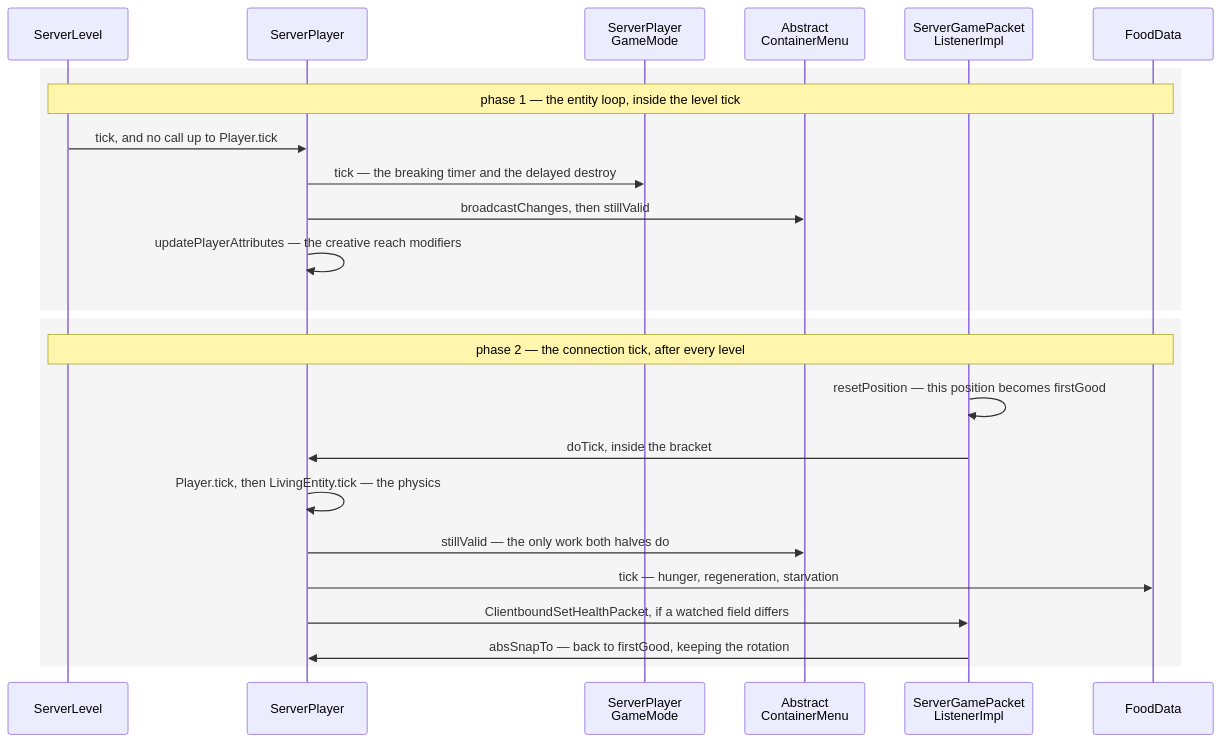
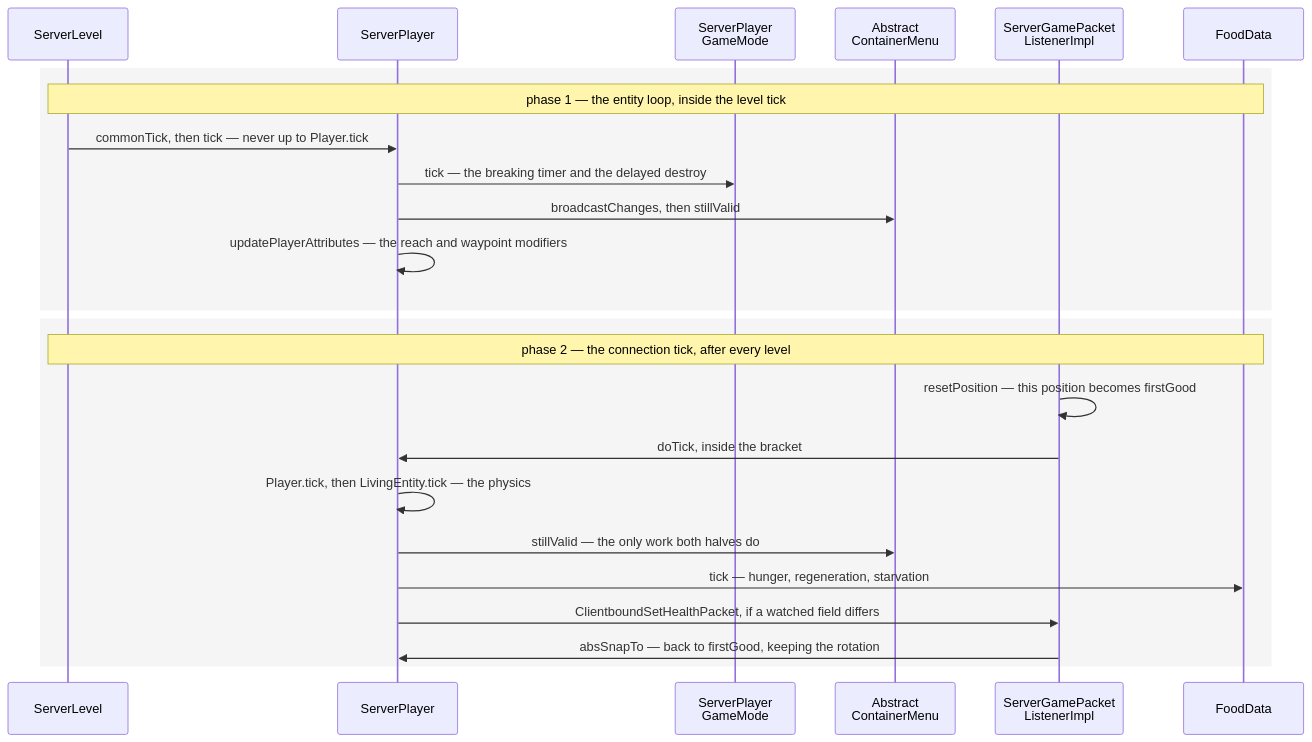
One commit to AlexanderjFraser/MinecraftDocs changed the diagram in src/systems/player/the-two-phase-tick.md. Above: the diagram before and after it, drawn with Mermaid. The commit also changed other lines of this file and 16 other files, not shown here.

````diff
--- a/src/systems/player/the-two-phase-tick.md
+++ b/src/systems/player/the-two-phase-tick.md
@@ -98,27 +105,27 @@
 ```mermaid
 sequenceDiagram
     participant SL as ServerLevel
     participant SP as ServerPlayer
     participant SPGM as ServerPlayer<br/>GameMode
     participant ACM as Abstract<br/>ContainerMenu
     participant SGPL as ServerGamePacket<br/>ListenerImpl
     participant FD as FoodData
 
     rect rgba(0, 0, 0, 0.04)
         Note over SL,FD: phase 1 — the entity loop, inside the level tick
-        SL->>SP: tick, and no call up to Player.tick
+        SL->>SP: commonTick, then tick — never up to Player.tick
         SP->>SPGM: tick — the breaking timer and the delayed destroy
         SP->>ACM: broadcastChanges, then stillValid
-        SP->>SP: updatePlayerAttributes — the creative reach modifiers
+        SP->>SP: updatePlayerAttributes — the reach and waypoint modifiers
     end
     rect rgba(0, 0, 0, 0.04)
         Note over SL,FD: phase 2 — the connection tick, after every level
         SGPL->>SGPL: resetPosition — this position becomes firstGood
         SGPL->>SP: doTick, inside the bracket
         SP->>SP: Player.tick, then LivingEntity.tick — the physics
         SP->>ACM: stillValid — the only work both halves do
         SP->>FD: tick — hunger, regeneration, starvation
         SP->>SGPL: ClientboundSetHealthPacket, if a watched field differs
         SGPL->>SP: absSnapTo — back to firstGood, keeping the rotation
     end
 ```
````
